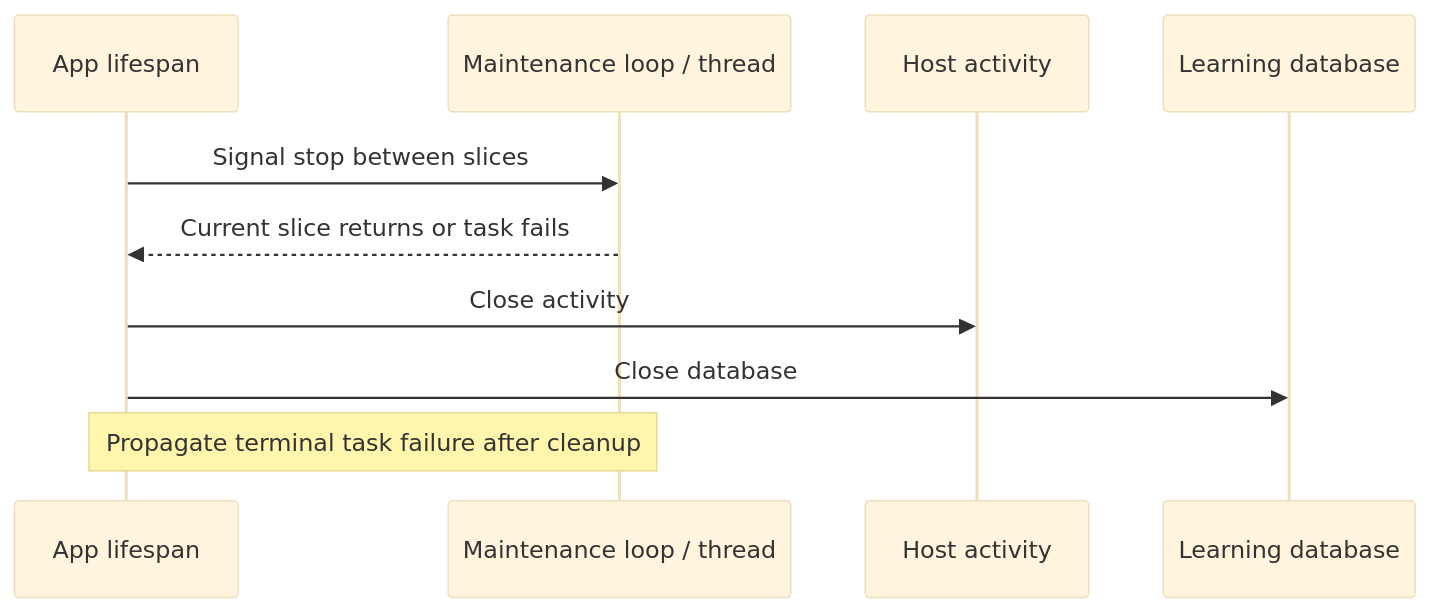
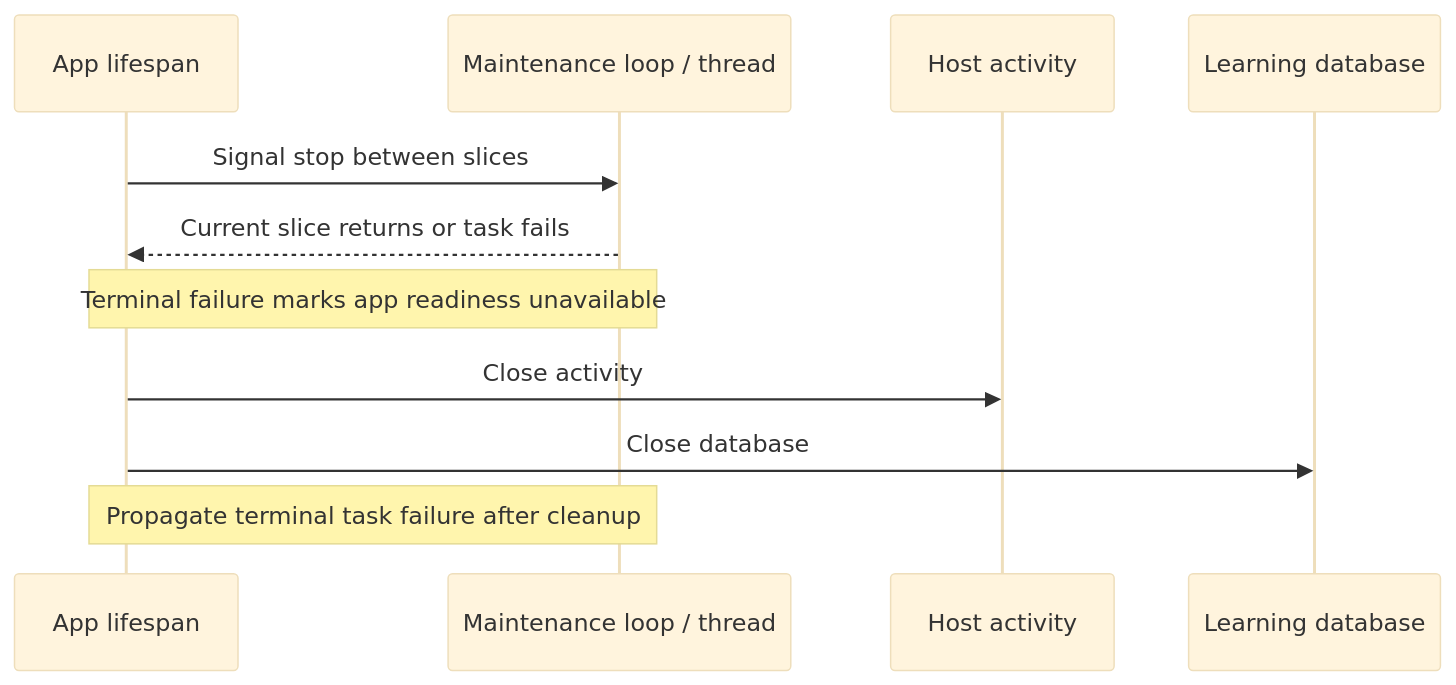
The second of 5 diagrams in services/learning/runtime/README.md (aaweaver-actuary/tempo), drawn with Mermaid (base theme) before and after one commit. The commit also changed other lines of this file and 2 other files, not shown here.

Commit message:
Report terminal maintenance failure in readiness

````diff
--- a/services/learning/runtime/README.md
+++ b/services/learning/runtime/README.md
@@ -52,12 +53,13 @@
 ```mermaid
 sequenceDiagram
   participant L as App lifespan
   participant M as Maintenance loop / thread
   participant A as Host activity
   participant D as Learning database
   L->>M: Signal stop between slices
   M-->>L: Current slice returns or task fails
+  Note over M,L: Terminal failure marks app readiness unavailable
   L->>A: Close activity
   L->>D: Close database
   Note over L,M: Propagate terminal task failure after cleanup
 ```
````
